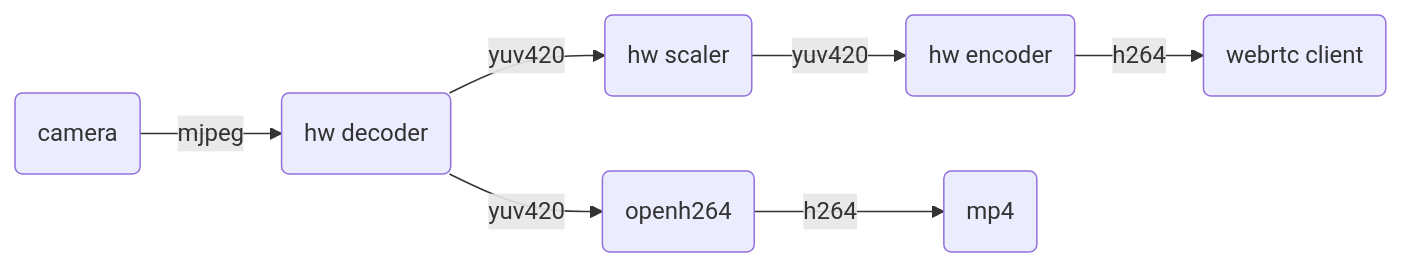
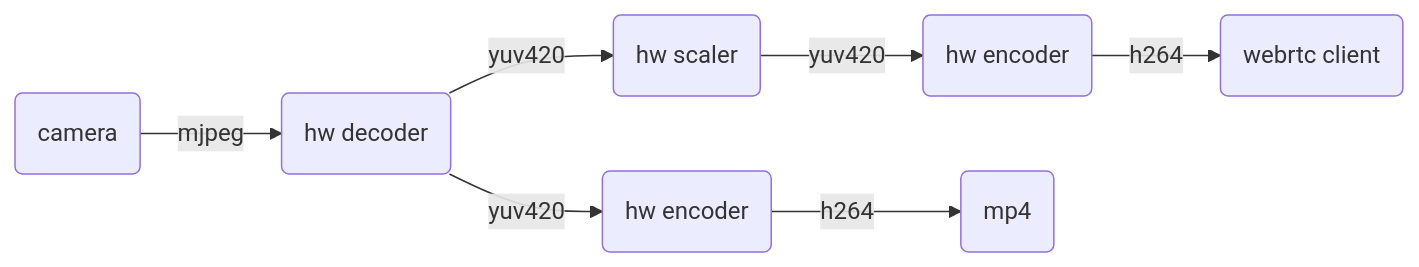
One commit to TzuHuanTai/RaspberryPi-WebRTC changed the second of 5 diagrams in docs/CAMERA_AND_ENCODING.md. Above: the diagram before and after it, drawn with Mermaid. The commit also changed other lines of this file and 3 other files, not shown here.

````diff
--- a/docs/CAMERA_AND_ENCODING.md
+++ b/docs/CAMERA_AND_ENCODING.md
@@ -128,5 +133,5 @@
 ```mermaid
 graph LR
 A(camera) -- mjpeg --> B(hw decoder) -- yuv420 --> C(hw scaler) --yuv420--> D(hw encoder) --h264-->E(webrtc client)
-B --yuv420--> F(openh264) -- h264--> G(mp4)
+B --yuv420--> F(hw encoder) -- h264--> G(mp4)
 ```
````
